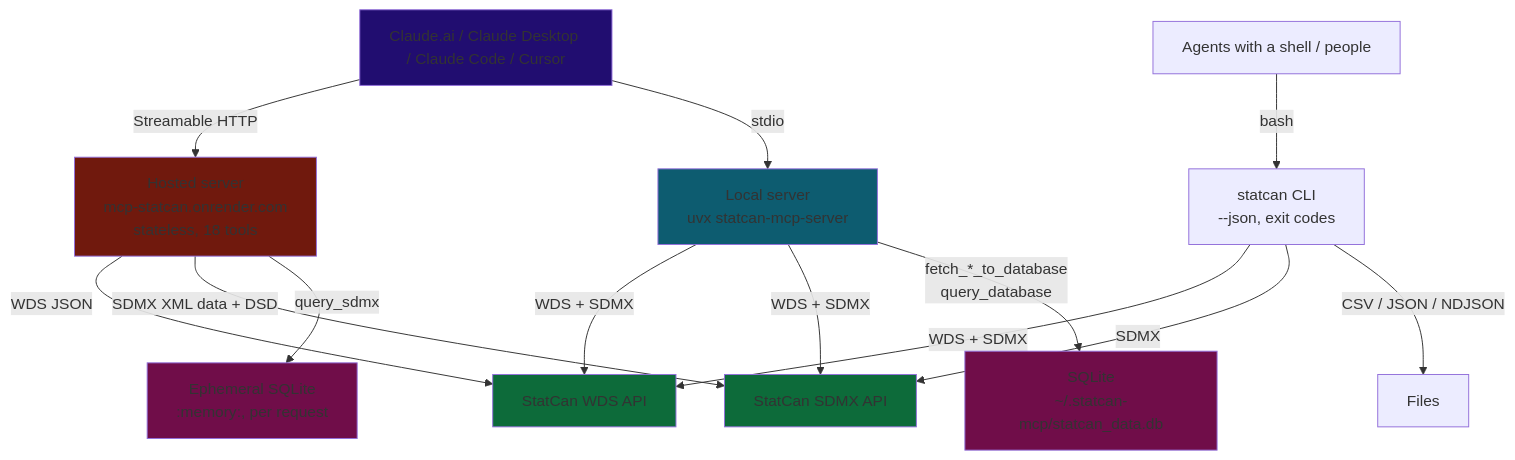
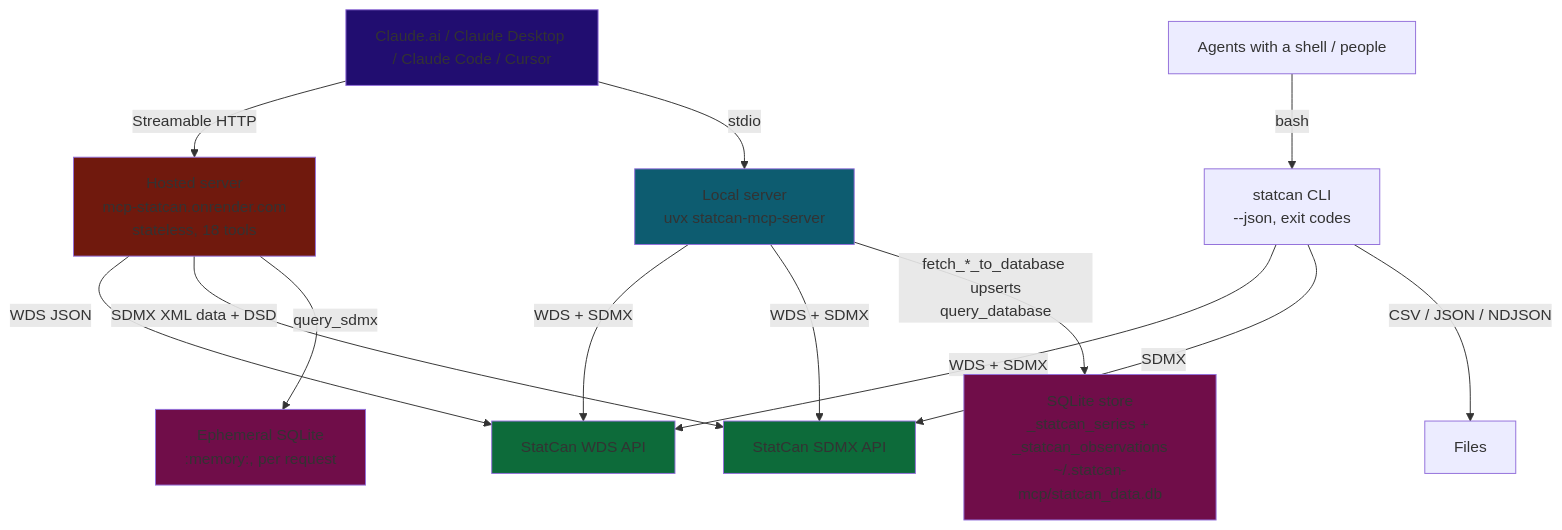
One commit to Aryan-Jhaveri/mcp-statcan changed the diagram in IMPLEMENTATIONS.md. Above: the diagram before and after it, drawn with Mermaid. The commit also changed other lines of this file and 21 other files, not shown here.

First line of the commit message:
feat(db): canonical observation store with upserts and views (#65) (#101)

````diff
--- a/IMPLEMENTATIONS.md
+++ b/IMPLEMENTATIONS.md
@@ -134,26 +154,26 @@
 ```mermaid
 flowchart TD
     A[Claude.ai / Claude Desktop / Claude Code / Cursor] -->|Streamable HTTP| B["Hosted server\nmcp-statcan.onrender.com\nstateless, 18 tools"]
     A -->|stdio| L["Local server\nuvx statcan-mcp-server"]
     T[Agents with a shell / people] -->|bash| C["statcan CLI\n--json, exit codes"]
 
     B -->|WDS JSON| D[StatCan WDS API]
     B -->|SDMX XML data + DSD| S[StatCan SDMX API]
     B -->|query_sdmx| M["Ephemeral SQLite\n:memory:, per request"]
 
     L -->|WDS + SDMX| D
     L -->|WDS + SDMX| S
-    L -->|fetch_*_to_database\nquery_database| E["SQLite\n~/.statcan-mcp/statcan_data.db"]
+    L -->|fetch_*_to_database upserts\nquery_database| E["SQLite store\n_statcan_series + _statcan_observations\n~/.statcan-mcp/statcan_data.db"]
 
     C -->|WDS + SDMX| D
     C -->|SDMX| S
     C -->|CSV / JSON / NDJSON| F[Files]
 
     style A fill:#210d70
     style B fill:#70190d
     style L fill:#0d5c70
     style E fill:#700d49
     style M fill:#700d49
     style S fill:#0d6b3a
     style D fill:#0d6b3a
 ```
````
